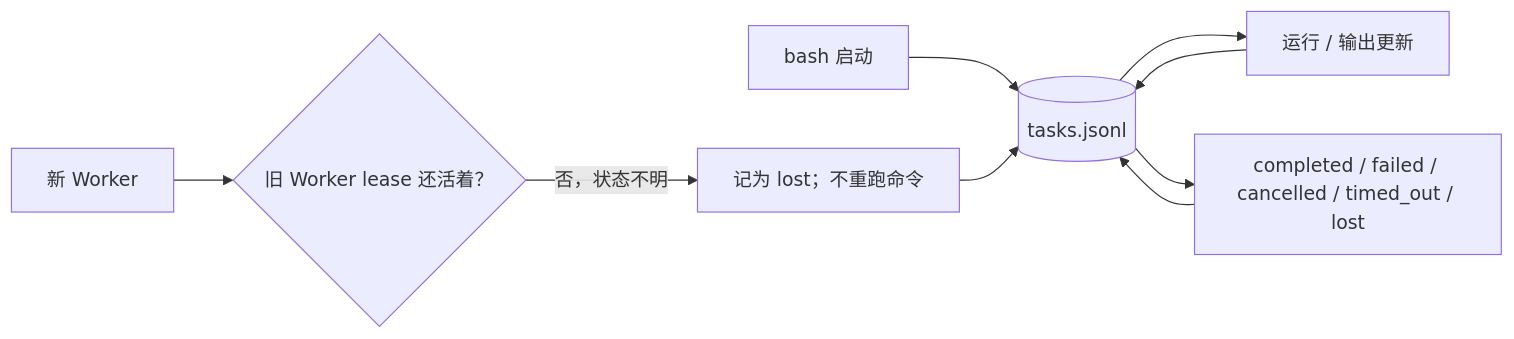
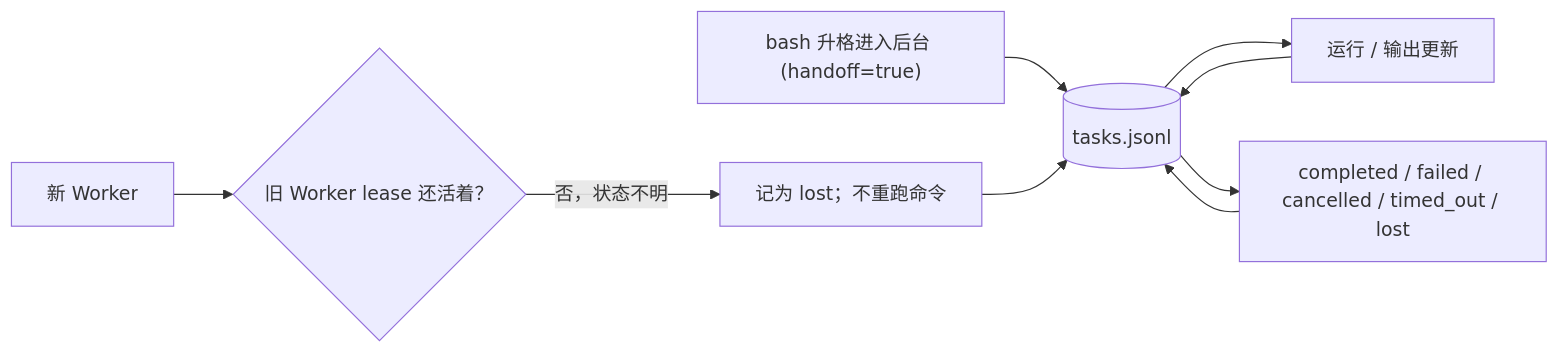
One commit to Azzurroooo/rind changed the diagram in docs/internals/03-persistence/task-journal.zh-CN.md. Above: the diagram before and after it, drawn with Mermaid. The commit also changed other lines of this file and 29 other files, not shown here.

Commit message:
refactor(runtime,surfaces): lazily promote background bash tasks and streamline task UI

```diff
--- a/docs/internals/03-persistence/task-journal.zh-CN.md
+++ b/docs/internals/03-persistence/task-journal.zh-CN.md
@@ -7,11 +7,11 @@
 ~~~mermaid
 flowchart LR
-    START["bash 启动"] --> J[("tasks.jsonl")]
+    START["bash 升格进入后台 (handoff=true)"] --> J[("tasks.jsonl")]
     J --> RUN["运行 / 输出更新"]
     RUN --> J
     J --> TERM["completed / failed / cancelled / timed_out / lost"]
     TERM --> J
     RESTART["新 Worker"] --> LEASE{"旧 Worker lease 还活着？"}
     LEASE -->|"否，状态不明"| LOST["记为 lost；不重跑命令"]
     LOST --> J
 ~~~
```
